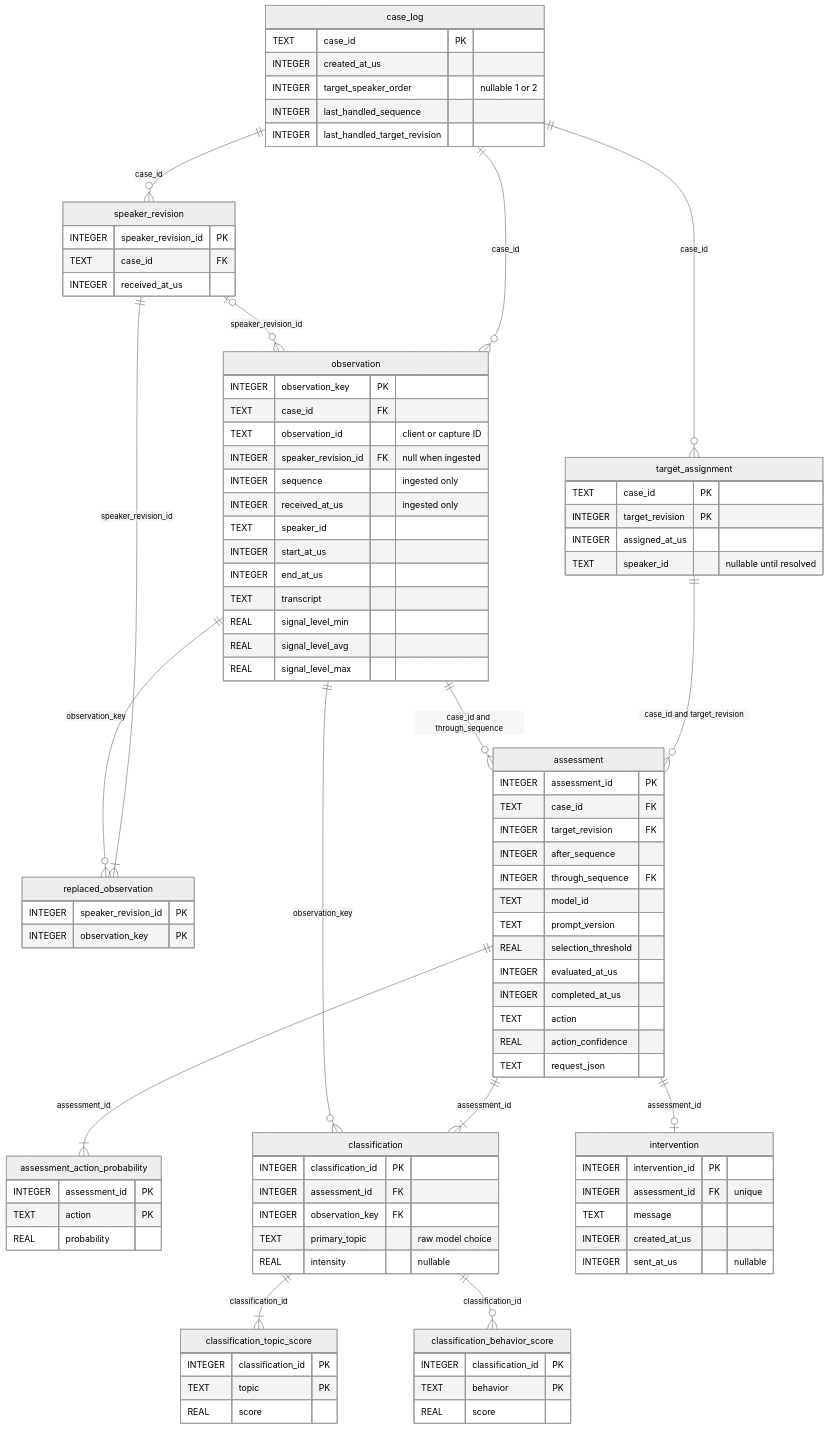
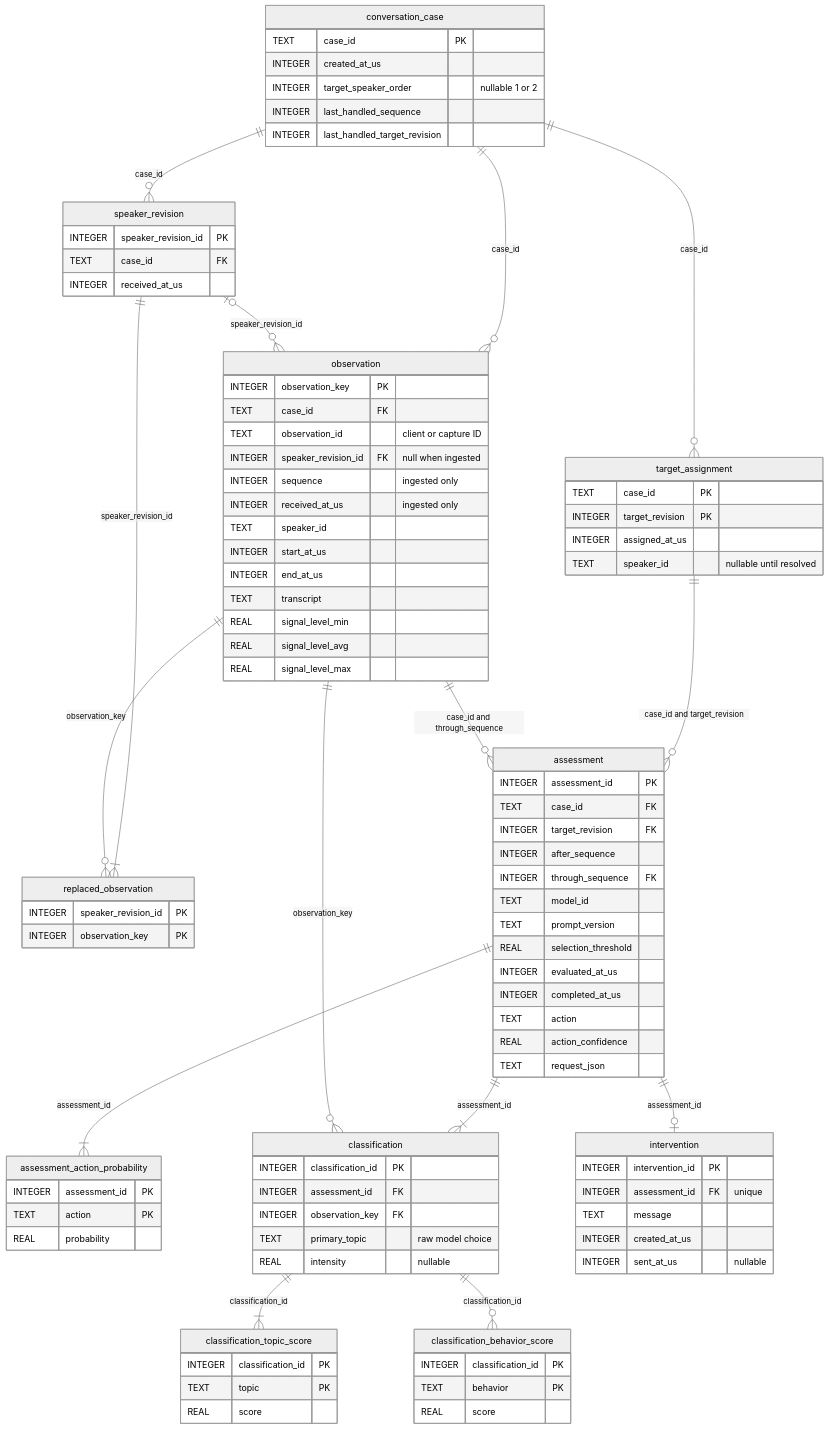
One commit to b-a-merritt/msse692 changed the diagram in docs/schema.md. Above: the diagram before and after it, drawn with Mermaid (neutral theme). The commit also changed 98 other files, not shown here.

````diff
--- a/docs/schema.md
+++ b/docs/schema.md
@@ -3,6 +3,6 @@
 ```mermaid
 erDiagram
-    case_log {
+    conversation_case {
         TEXT case_id PK
         INTEGER created_at_us
         INTEGER target_speaker_order "nullable 1 or 2"
@@ -83,9 +83,9 @@
         INTEGER created_at_us
         INTEGER sent_at_us "nullable"
     }
-    case_log ||--o{ target_assignment : "case_id"
-    case_log ||--o{ observation : "case_id"
-    case_log ||--o{ speaker_revision : "case_id"
+    conversation_case ||--o{ target_assignment : "case_id"
+    conversation_case ||--o{ observation : "case_id"
+    conversation_case ||--o{ speaker_revision : "case_id"
     speaker_revision ||--|{ replaced_observation : "speaker_revision_id"
     observation ||--o{ replaced_observation : "observation_key"
     speaker_revision |o--o{ observation : "speaker_revision_id"
````
